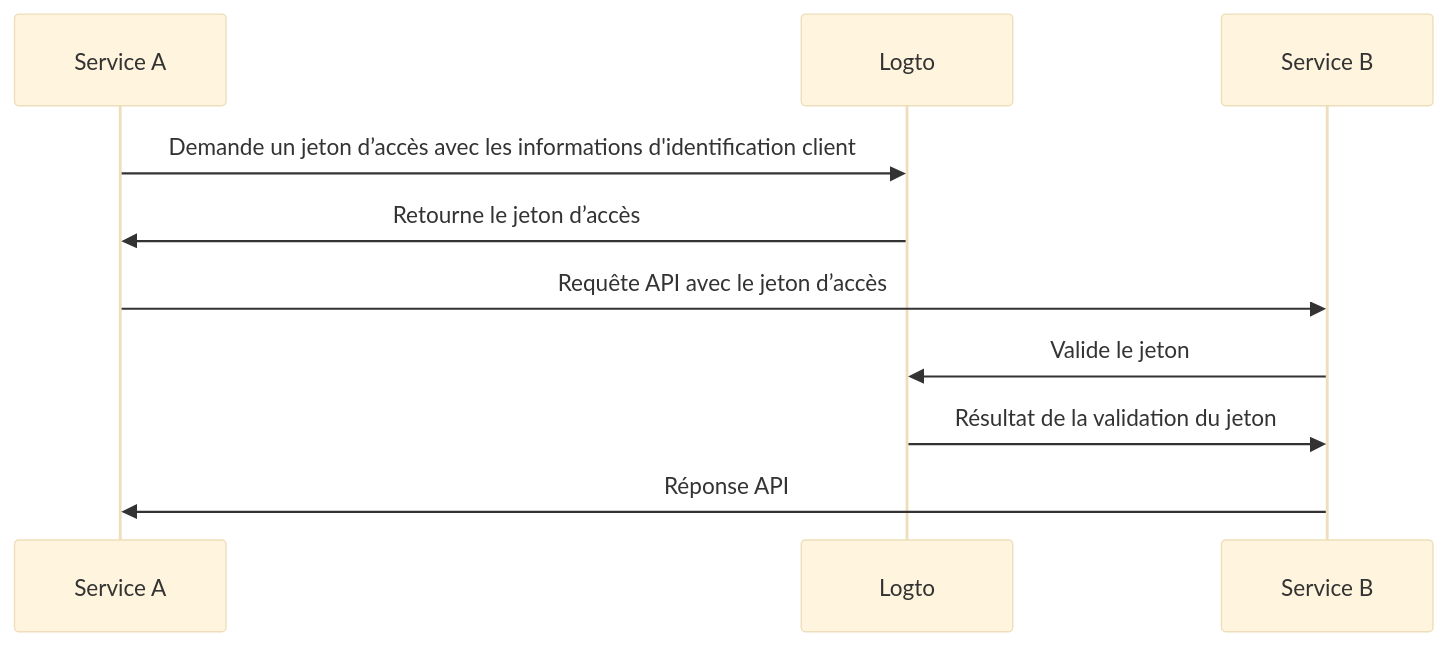
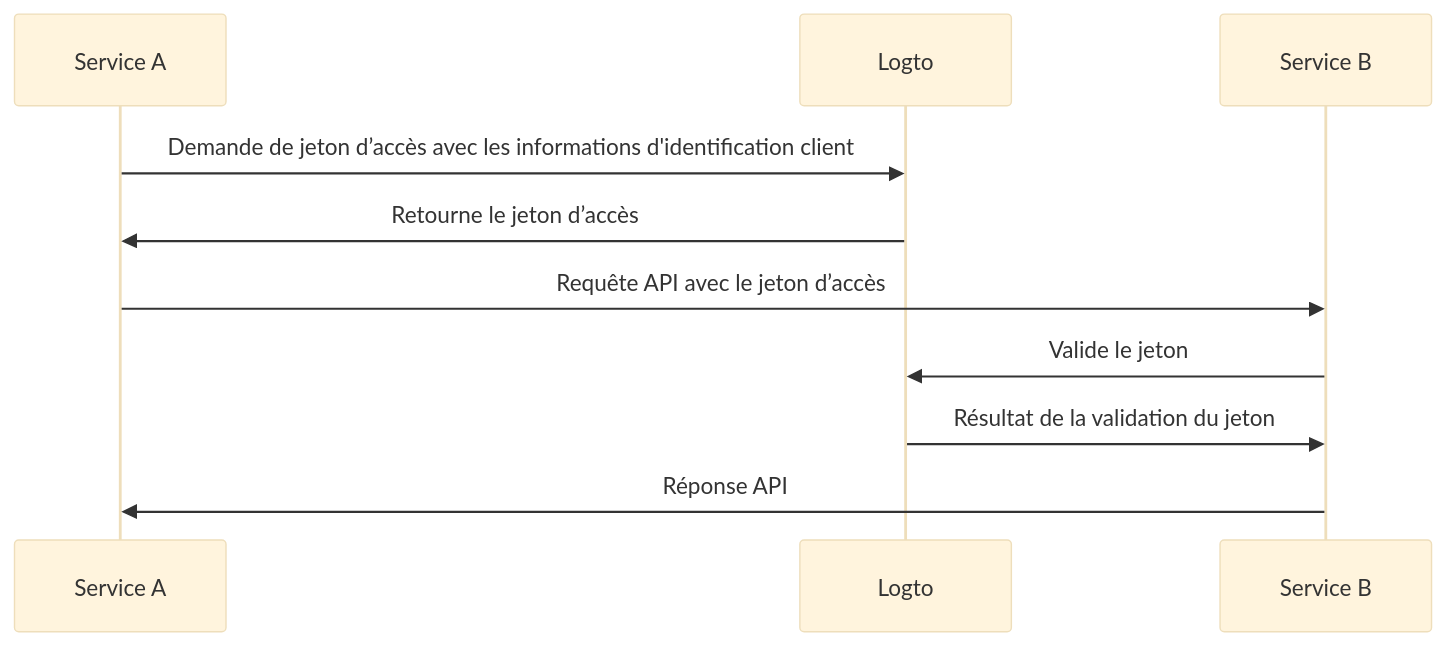
Before and after one commit to logto-io/docs: the second of 2 diagrams in i18n/fr/docusaurus-plugin-content-docs/current/integrate-logto/integrate-logto-into-your-application/understand-authentication-flow.mdx, drawn with Mermaid (base theme). The commit also changed other lines of this file and 234 other files, not shown here.

````diff
--- a/i18n/fr/docusaurus-plugin-content-docs/current/integrate-logto/integrate-logto-into-your-application/understand-authentication-flow.mdx
+++ b/i18n/fr/docusaurus-plugin-content-docs/current/integrate-logto/integrate-logto-into-your-application/understand-authentication-flow.mdx
@@ -37,13 +37,13 @@
 ```mermaid
 sequenceDiagram
     participant Service A
     participant Logto
     participant Service B
 
-    Service A->>Logto : Demande un jeton d’accès avec les informations d'identification client
+    Service A->>Logto : Demande de jeton d’accès avec les informations d'identification client
     Logto->>Service A : Retourne le jeton d’accès
     Service A->>Service B : Requête API avec le jeton d’accès
     Service B->>Logto : Valide le jeton
     Logto->>Service B : Résultat de la validation du jeton
     Service B->>Service A : Réponse API
 ```
````
